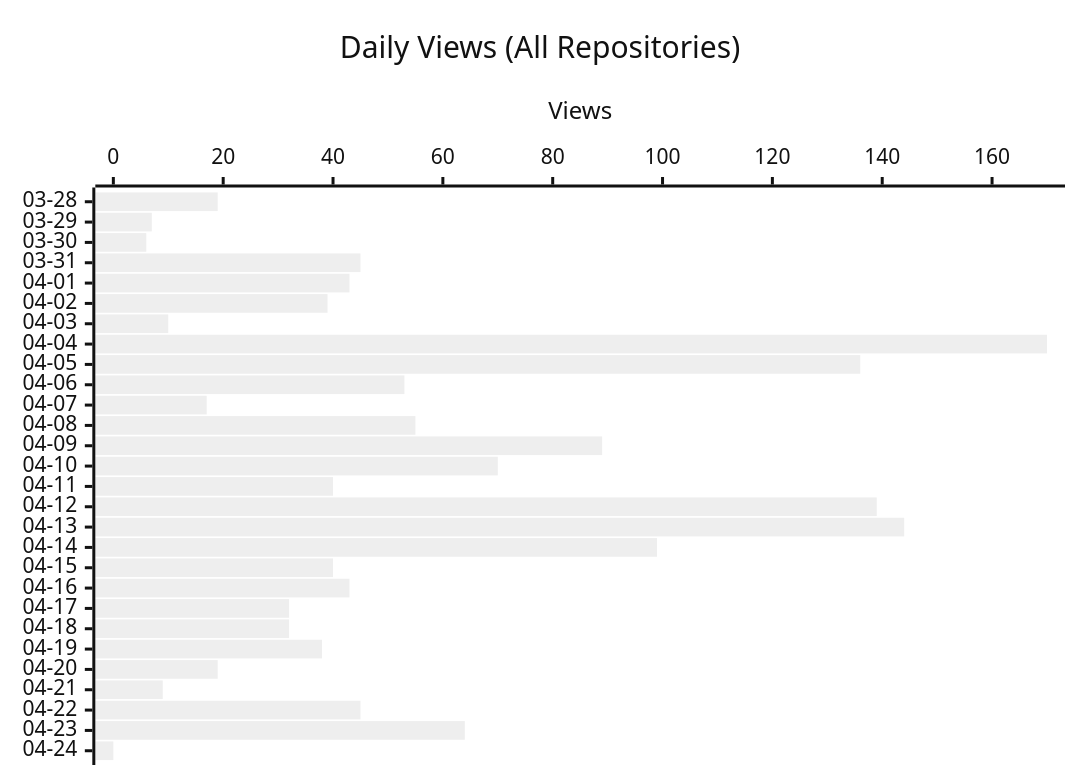
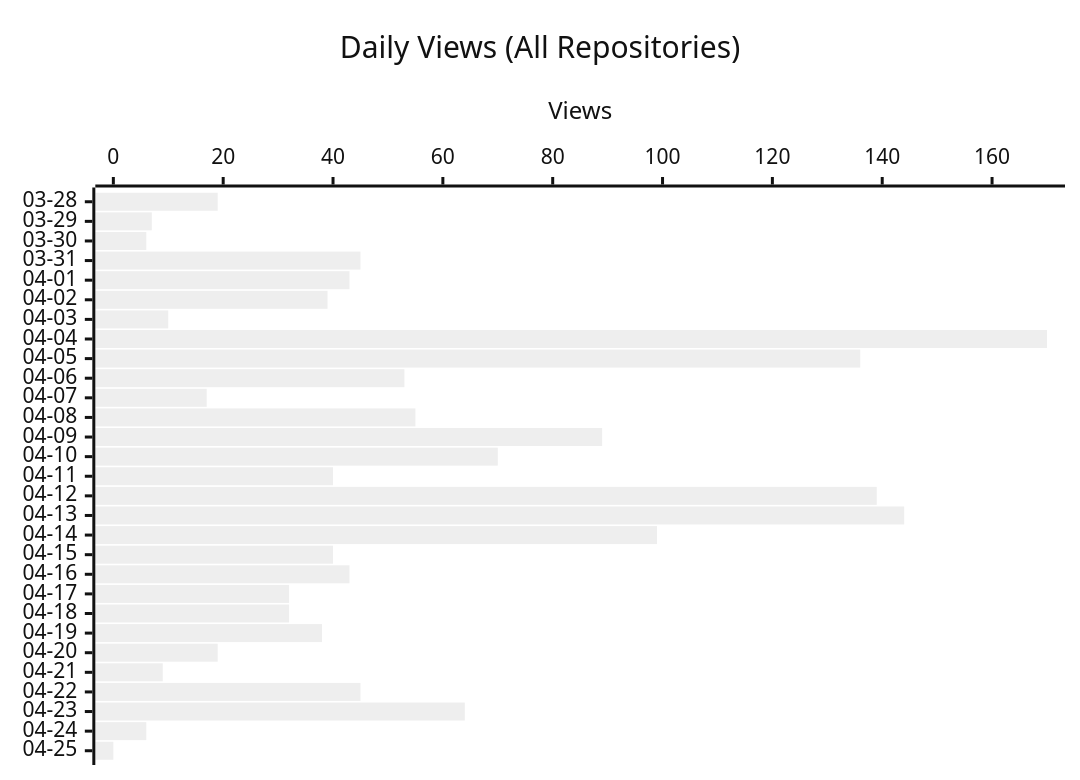
One commit to shigechika/github-insights changed the second of 3 diagrams in README.md. Above: the diagram before and after it, drawn with Mermaid (neutral theme). The commit also changed other lines of this file and 1 other file, not shown here.

````diff
--- a/README.md
+++ b/README.md
@@ -26,7 +26,7 @@
 ```mermaid
 xychart-beta horizontal
     title "Daily Views (All Repositories)"
-    x-axis ["03-28", "03-29", "03-30", "03-31", "04-01", "04-02", "04-03", "04-04", "04-05", "04-06", "04-07", "04-08", "04-09", "04-10", "04-11", "04-12", "04-13", "04-14", "04-15", "04-16", "04-17", "04-18", "04-19", "04-20", "04-21", "04-22", "04-23", "04-24"]
+    x-axis ["03-28", "03-29", "03-30", "03-31", "04-01", "04-02", "04-03", "04-04", "04-05", "04-06", "04-07", "04-08", "04-09", "04-10", "04-11", "04-12", "04-13", "04-14", "04-15", "04-16", "04-17", "04-18", "04-19", "04-20", "04-21", "04-22", "04-23", "04-24", "04-25"]
     y-axis "Views"
-    bar [19, 7, 6, 45, 43, 39, 10, 170, 136, 53, 17, 55, 89, 70, 40, 139, 144, 99, 40, 43, 32, 32, 38, 19, 9, 45, 64, 0]
+    bar [19, 7, 6, 45, 43, 39, 10, 170, 136, 53, 17, 55, 89, 70, 40, 139, 144, 99, 40, 43, 32, 32, 38, 19, 9, 45, 64, 6, 0]
 ```
````
